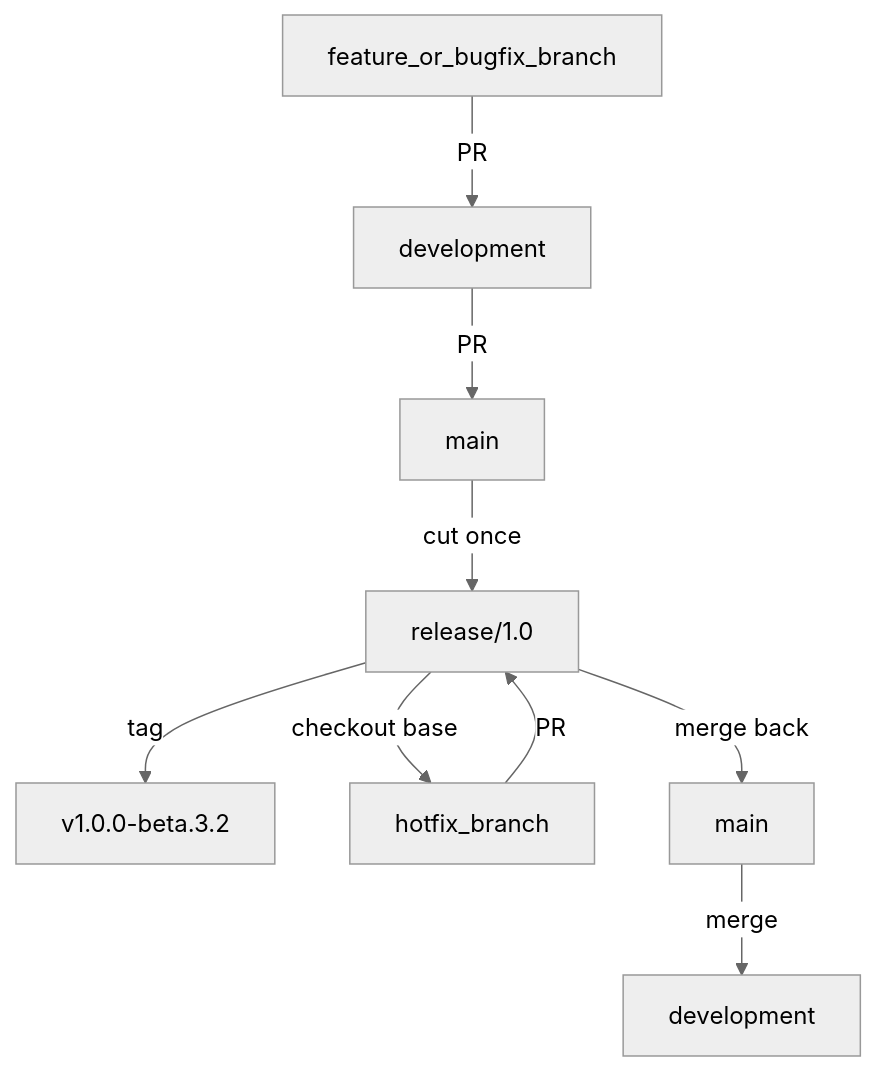
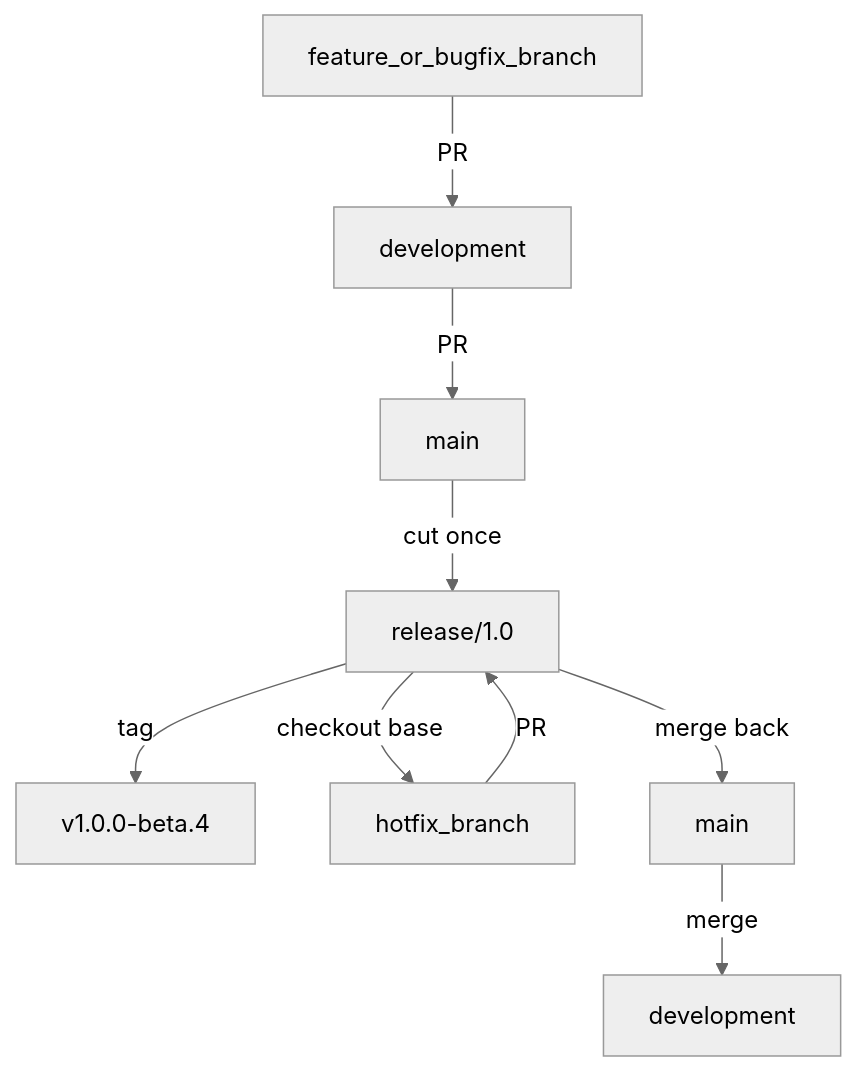
The second of 2 diagrams in CONTRIBUTING.md (ahmedSamir50/AdamSystems.ZVec.NET), drawn with Mermaid (neutral theme) before and after one commit. The commit also changed other lines of this file and 74 other files, not shown here.

````diff
--- a/CONTRIBUTING.md
+++ b/CONTRIBUTING.md
@@ -94,20 +96,20 @@
 ```mermaid
 flowchart TB
   feat[feature_or_bugfix_branch]
   devel[development]
   mainDaily[main]
   rel10["release/1.0"]
-  t1["v1.0.0-beta.3.2"]
+  t1["v1.0.0-beta.4"]
   hf[hotfix_branch]
   mainShip[main]
   develShip[development]
 
   feat -->|"PR"| devel
   devel -->|"PR"| mainDaily
   mainDaily -->|"cut once"| rel10
   rel10 -->|"tag"| t1
   rel10 -->|"checkout base"| hf
   hf -->|"PR"| rel10
   rel10 -->|"merge back"| mainShip
   mainShip -->|"merge"| develShip
 ```
````
